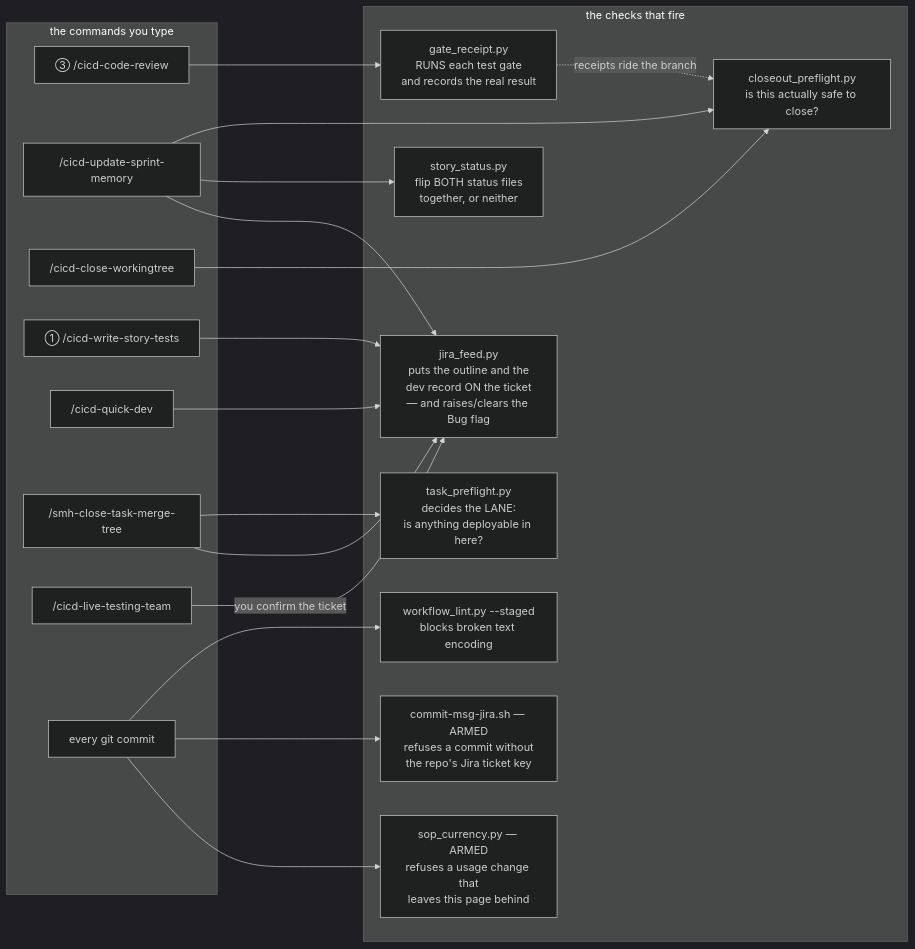
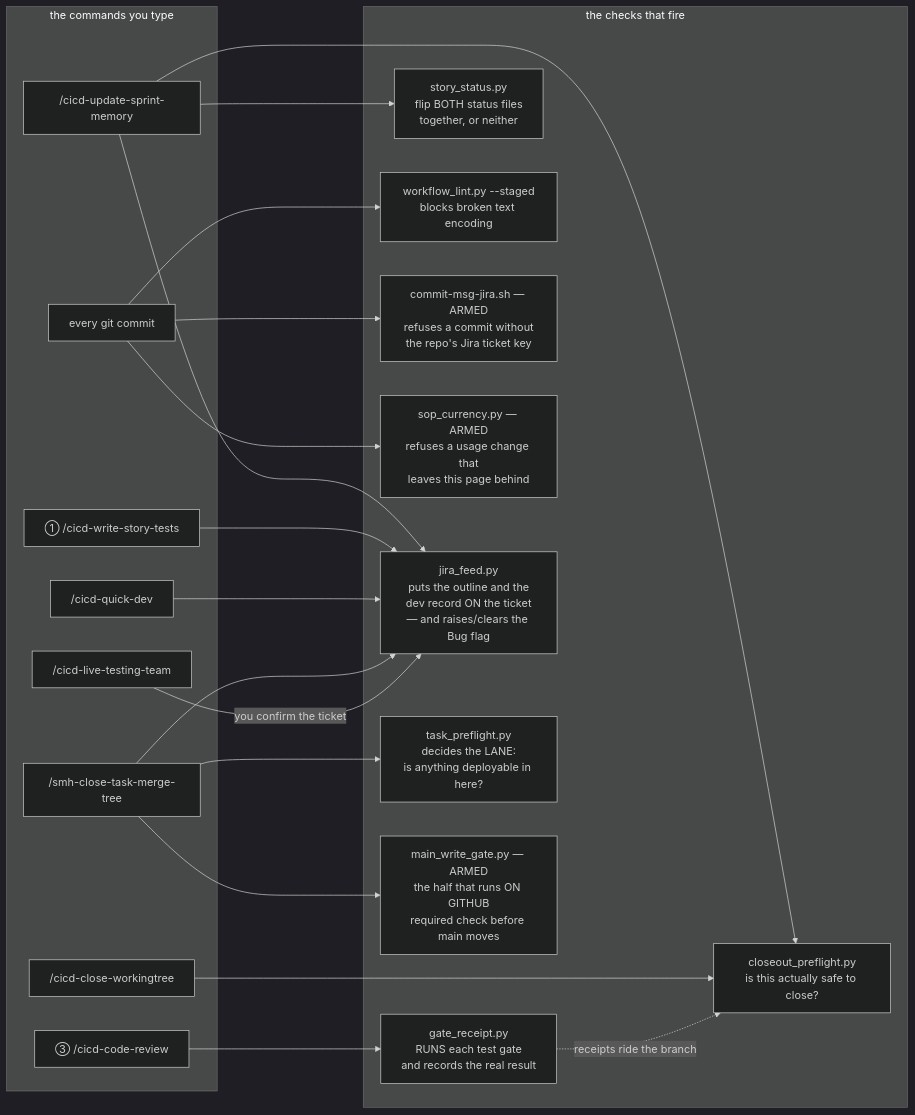
One commit to sudomadhatter/Sudo_Hatter_Command changed diagram 19 of 23 in docs/_scc_sops_prds/workflows_testing_SOP.md. Above: the diagram before and after it, drawn with Mermaid (dark theme). The commit also changed other lines of this file and 9 other files, not shown here.

````diff
--- a/docs/_scc_sops_prds/workflows_testing_SOP.md
+++ b/docs/_scc_sops_prds/workflows_testing_SOP.md
@@ -1143,37 +1175,39 @@
 ```mermaid
 flowchart LR
     subgraph CMD ["the commands you type"]
         R["③ /cicd-code-review"]
         M["/cicd-update-sprint-memory"]
         W["/cicd-close-workingtree"]
         S["① /cicd-write-story-tests"]
         Q["/cicd-quick-dev"]
         T["/smh-close-task-merge-tree"]
         L["/cicd-live-testing-team"]
         G["every git commit"]
     end
     subgraph CHK ["the checks that fire"]
         GR["gate_receipt.py\nRUNS each test gate\nand records the real result"]
         CP["closeout_preflight.py\nis this actually safe to close?"]
         SS["story_status.py\nflip BOTH status files\ntogether, or neither"]
         WL["workflow_lint.py --staged\nblocks broken text encoding"]
         JH["commit-msg-jira.sh — ARMED\nrefuses a commit without\nthe repo's Jira ticket key"]
         SC["sop_currency.py — ARMED\nrefuses a usage change that\nleaves this page behind"]
         JF["jira_feed.py\nputs the outline and the\ndev record ON the ticket\n— and raises/clears the Bug flag"]
         TP["task_preflight.py\ndecides the LANE:\nis anything deployable in here?"]
+        MW["main_write_gate.py — ARMED\nthe half that runs ON GITHUB\nrequired check before main moves"]
     end
     R --> GR
     M --> CP
     M --> SS
     M --> JF
     S --> JF
     Q --> JF
     T --> TP
+    T --> MW
     T --> JF
     L -->|"you confirm the ticket"| JF
     W --> CP
     G --> WL
     G --> JH
     G --> SC
     GR -.->|"receipts ride the branch"| CP
 ```
````
